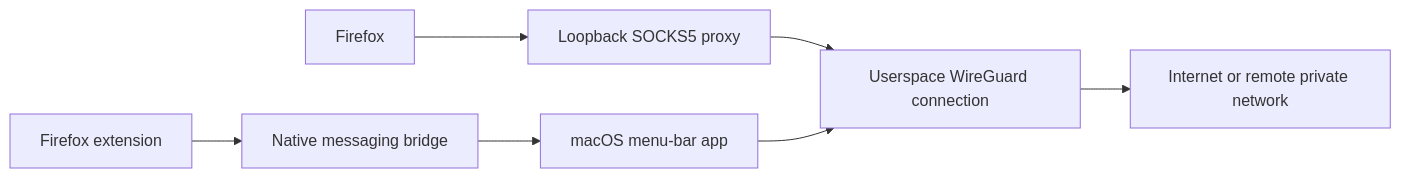
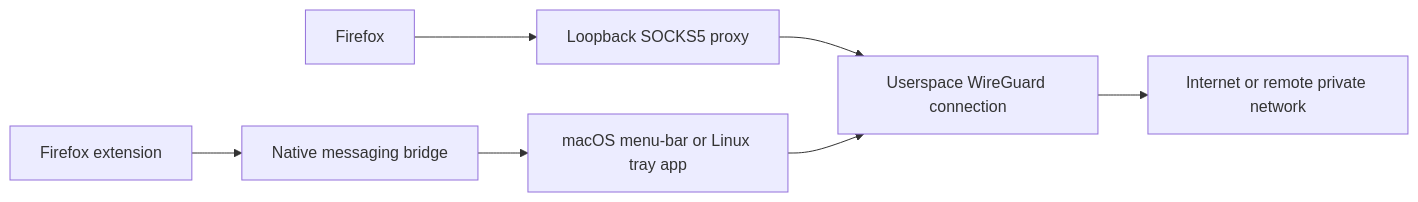
Before and after one commit to kristof-dragon/firefox-wireguard: the diagram in README.md, drawn with Mermaid. The commit also changed other lines of this file and 33 other files, not shown here.

````diff
--- a/README.md
+++ b/README.md
@@ -38,9 +38,9 @@
 ```mermaid
 flowchart LR
     Firefox --> Proxy[Loopback SOCKS5 proxy]
     Proxy --> Tunnel[Userspace WireGuard connection]
     Tunnel --> Destination[Internet or remote private network]
     Extension[Firefox extension] --> Bridge[Native messaging bridge]
-    Bridge --> App[macOS menu-bar app]
+    Bridge --> App[macOS menu-bar or Linux tray app]
     App --> Tunnel
 ```
````
